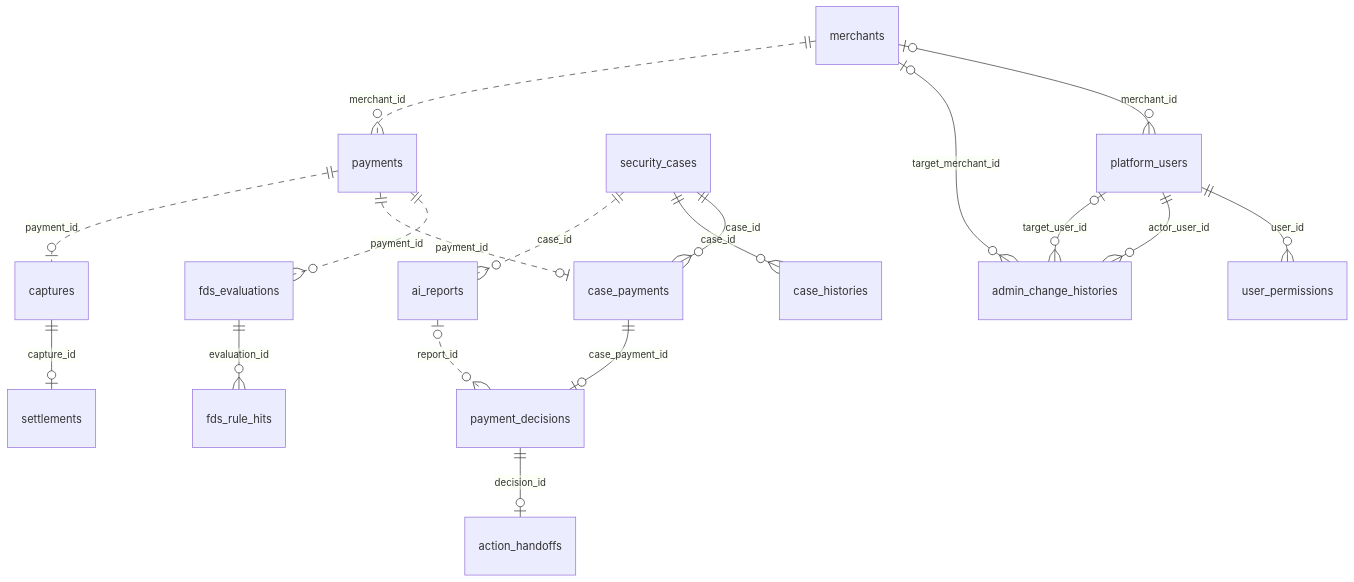
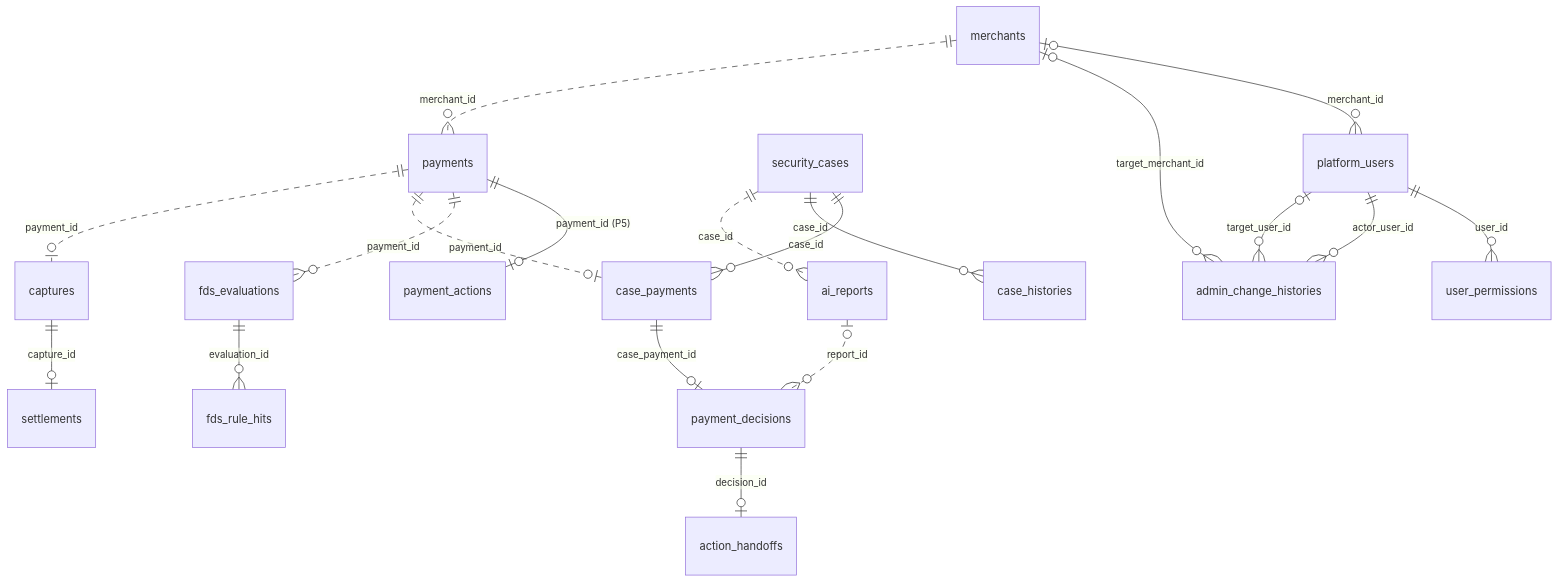
One commit to team-sweethan/DonWorry changed the diagram in docs/erd/README.md. Above: the diagram before and after it, drawn with Mermaid. The commit also changed other lines of this file and 18 other files, not shown here.

````diff
--- a/docs/erd/README.md
+++ b/docs/erd/README.md
@@ -64,24 +65,25 @@
 ```mermaid
 erDiagram
     merchants |o--o{ platform_users : "merchant_id"
     platform_users ||--o{ user_permissions : "user_id"
     platform_users ||--o{ admin_change_histories : "actor_user_id"
     platform_users |o--o{ admin_change_histories : "target_user_id"
     merchants |o--o{ admin_change_histories : "target_merchant_id"
 
     fds_evaluations ||--o{ fds_rule_hits : "evaluation_id"
 
     security_cases ||--o{ case_payments : "case_id"
     case_payments ||--o| payment_decisions : "case_payment_id"
     payment_decisions ||--o| action_handoffs : "decision_id"
     security_cases ||--o{ case_histories : "case_id"
 
     captures ||--o| settlements : "capture_id"
 
     merchants ||..o{ payments : "merchant_id"
+    payments ||--o| payment_actions : "payment_id (P5)"
     payments ||..o{ fds_evaluations : "payment_id"
     payments ||..o| case_payments : "payment_id"
     security_cases ||..o{ ai_reports : "case_id"
     ai_reports |o..o{ payment_decisions : "report_id"
     payments ||..o| captures : "payment_id"
 ```
````
